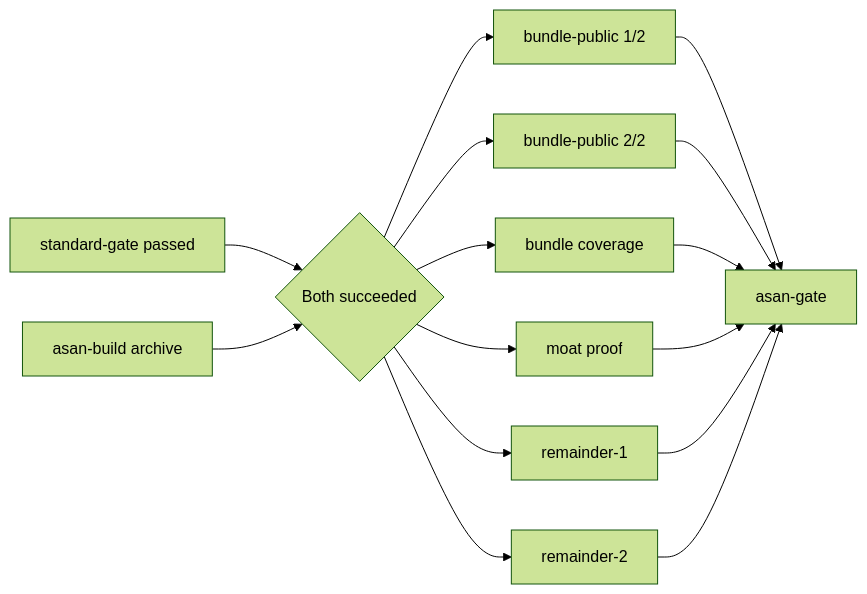
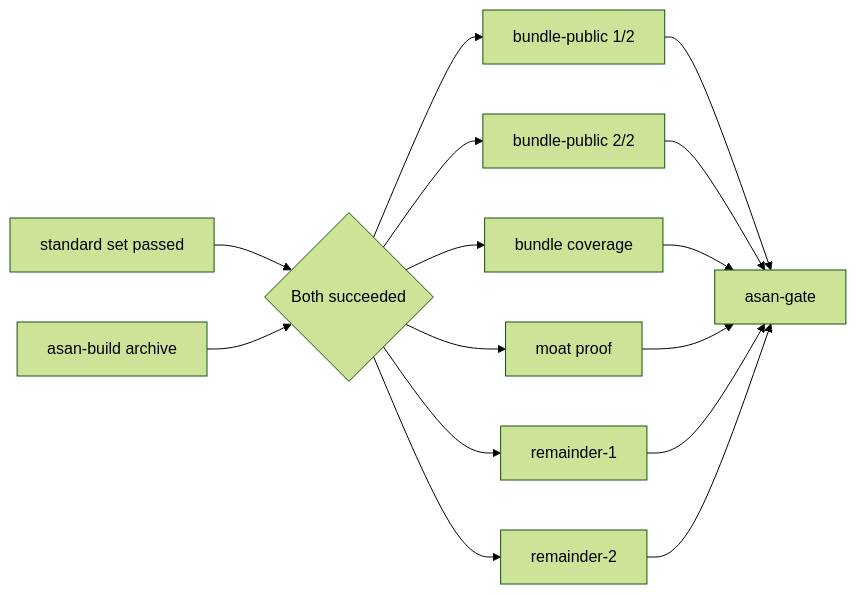
Before and after one commit to arceushui/pigloros: the tenth of 14 diagrams in CONTRIBUTING.md, drawn with Mermaid (forest theme). The commit also changed other lines of this file and 16 other files, not shown here.

````diff
--- a/CONTRIBUTING.md
+++ b/CONTRIBUTING.md
@@ -345,17 +352,17 @@
 ```mermaid
 flowchart LR
-    M["standard-gate passed"] --> J{"Both succeeded"}
+    M["standard set passed"] --> J{"Both succeeded"}
     B["asan-build archive"] --> J
     J --> P1["bundle-public 1/2"]
     J --> P2["bundle-public 2/2"]
     J --> C["bundle coverage"]
     J --> O["moat proof"]
     J --> R1["remainder-1"]
     J --> R2["remainder-2"]
     P1 --> G["asan-gate"]
     P2 --> G
     C --> G
     O --> G
     R1 --> G
     R2 --> G
 ```
````
